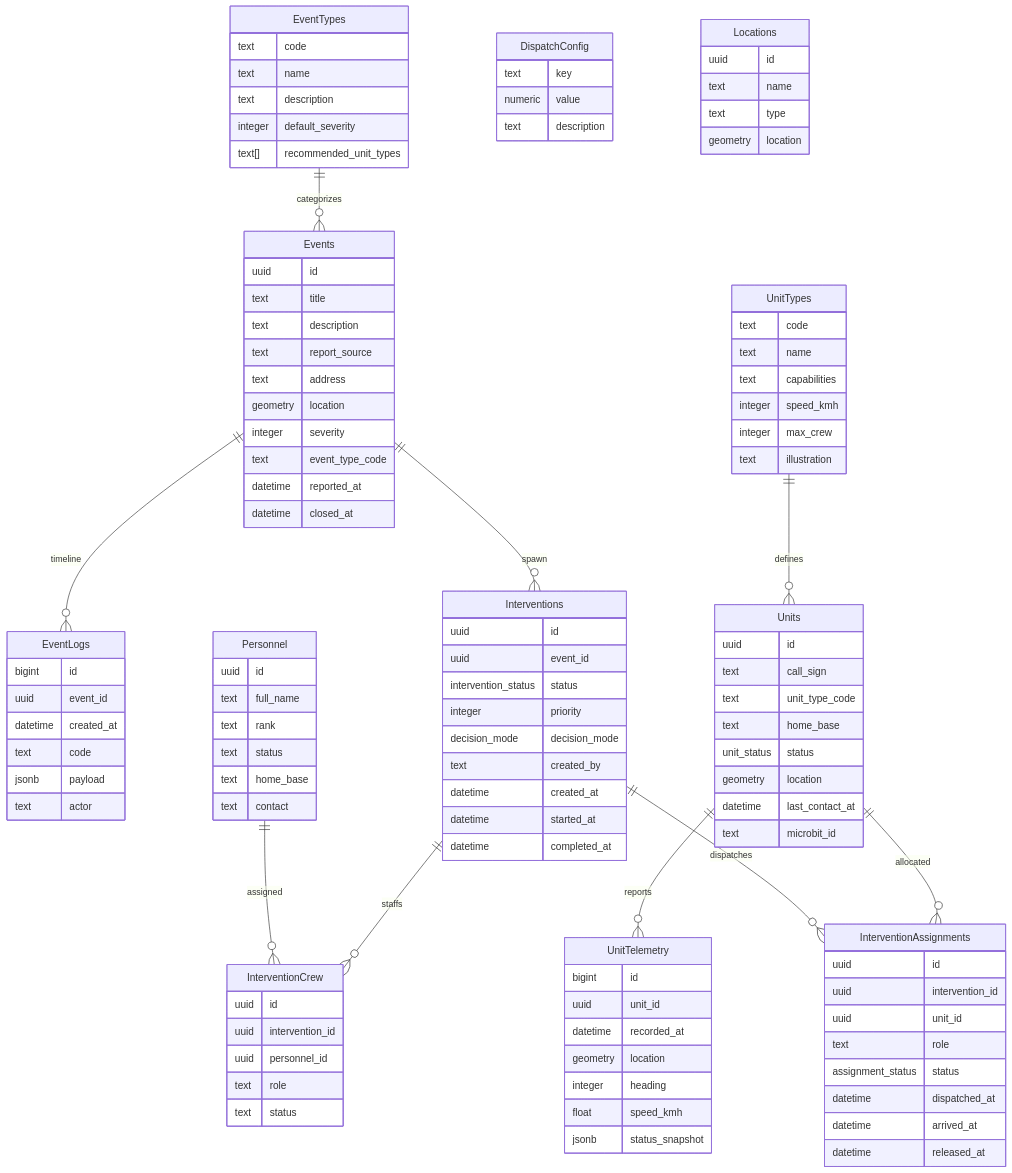
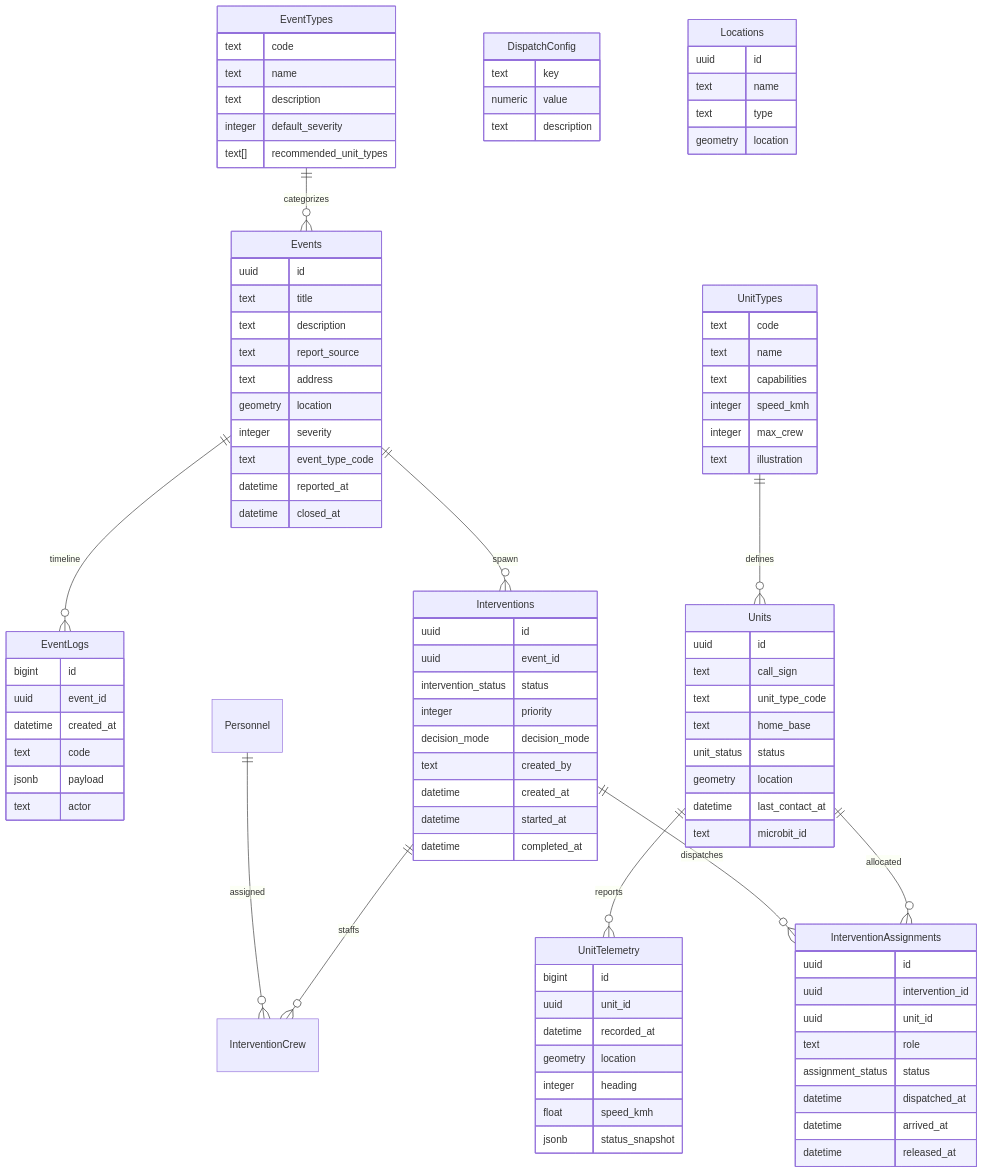
The second of 2 diagrams in README.md (loan-mgt/fast-pin-pon), drawn with Mermaid before and after one commit. The commit also changed other lines of this file, not shown here.

````diff
--- a/README.md
+++ b/README.md
@@ -340,21 +335,4 @@
     float speed_kmh
     jsonb status_snapshot
   }
-
-  Personnel {
-    uuid id
-    text full_name
-    text rank
-    text status
-    text home_base
-    text contact
-  }
-
-  InterventionCrew {
-    uuid id
-    uuid intervention_id
-    uuid personnel_id
-    text role
-    text status
-  }
 ```
````
